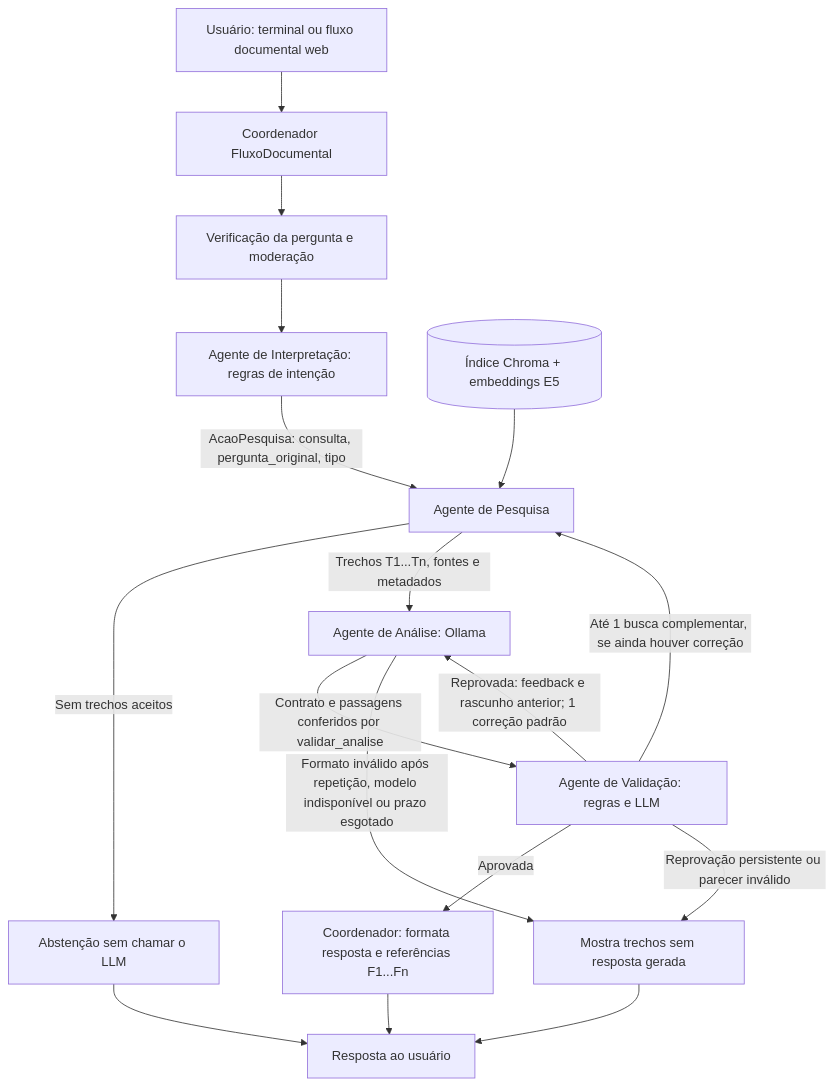
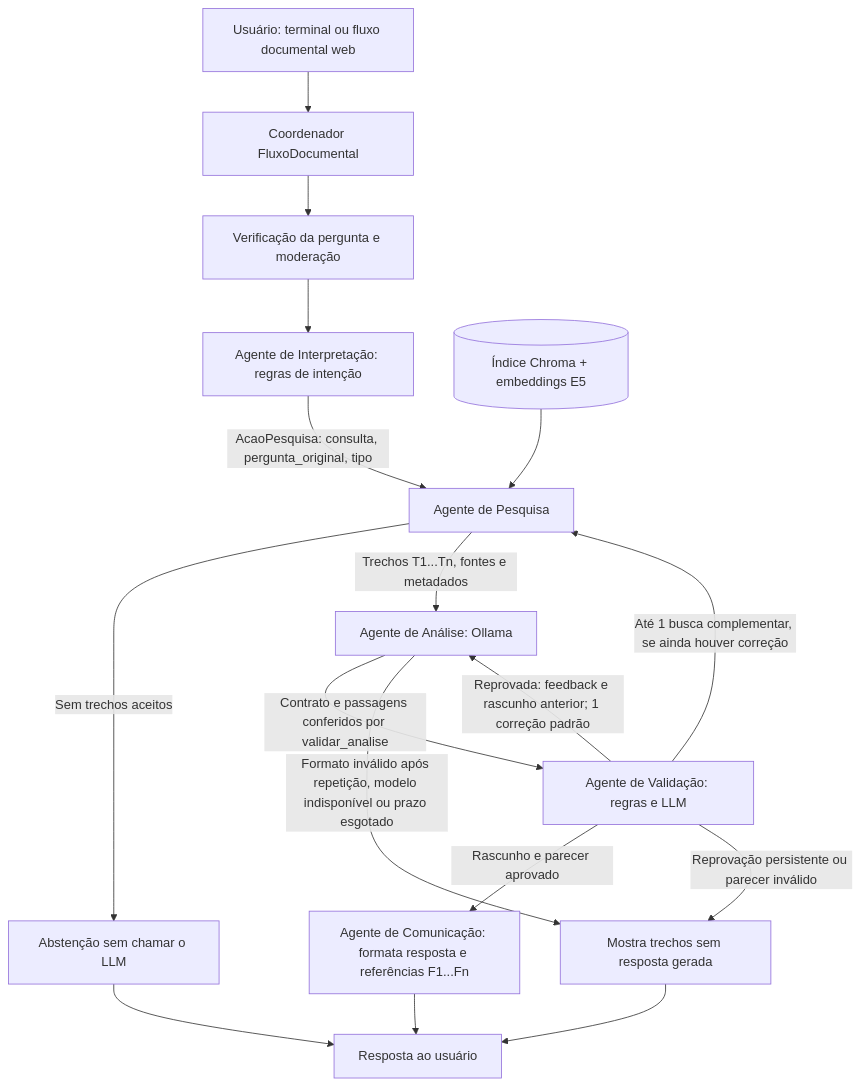
The diagram in docs/entregas/semana-04/README.md (victoriafe-sa/PontoAtivo), drawn with Mermaid before and after one commit. The commit also changed other lines of this file and 12 other files, not shown here.

Commit message:
Integra Comunicação ao fluxo documental e vincula parecer

````diff
--- a/docs/entregas/semana-04/README.md
+++ b/docs/entregas/semana-04/README.md
@@ -26,19 +26,19 @@
 ```mermaid
 flowchart TD
     U[Usuário: terminal ou fluxo documental web] --> C[Coordenador FluxoDocumental]
     C --> M[Verificação da pergunta e moderação]
     M --> I[Agente de Interpretação: regras de intenção]
     I -->|AcaoPesquisa: consulta, pergunta_original, tipo| P[Agente de Pesquisa]
     B[(Índice Chroma + embeddings E5)] --> P
     P -->|Sem trechos aceitos| AB[Abstenção sem chamar o LLM]
     P -->|Trechos T1...Tn, fontes e metadados| A[Agente de Análise: Ollama]
     A -->|Contrato e passagens conferidos por validar_analise| V[Agente de Validação: regras e LLM]
     V -->|Reprovada: feedback e rascunho anterior; 1 correção padrão| A
     V -->|Até 1 busca complementar, se ainda houver correção| P
-    V -->|Aprovada| F[Coordenador: formata resposta e referências F1...Fn]
+    V -->|Rascunho e parecer aprovado| F[Agente de Comunicação: formata resposta e referências F1...Fn]
     V -->|Reprovação persistente ou parecer inválido| D[Mostra trechos sem resposta gerada]
     A -->|Formato inválido após repetição, modelo indisponível ou prazo esgotado| D
     F --> R[Resposta ao usuário]
     AB --> R
     D --> R
 ```
````
